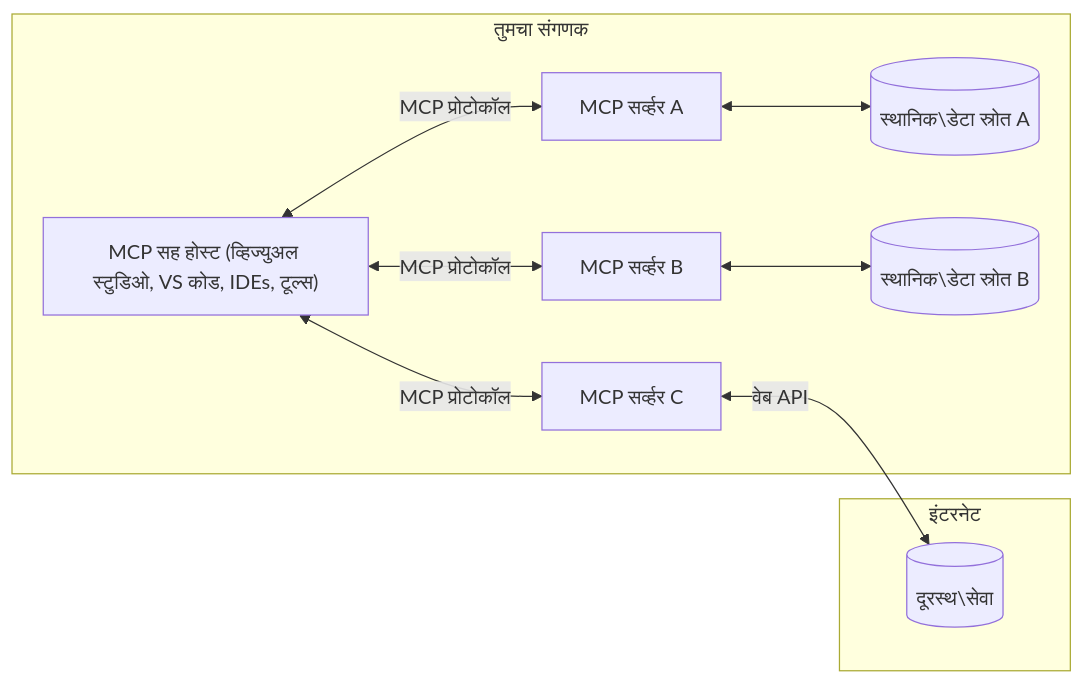
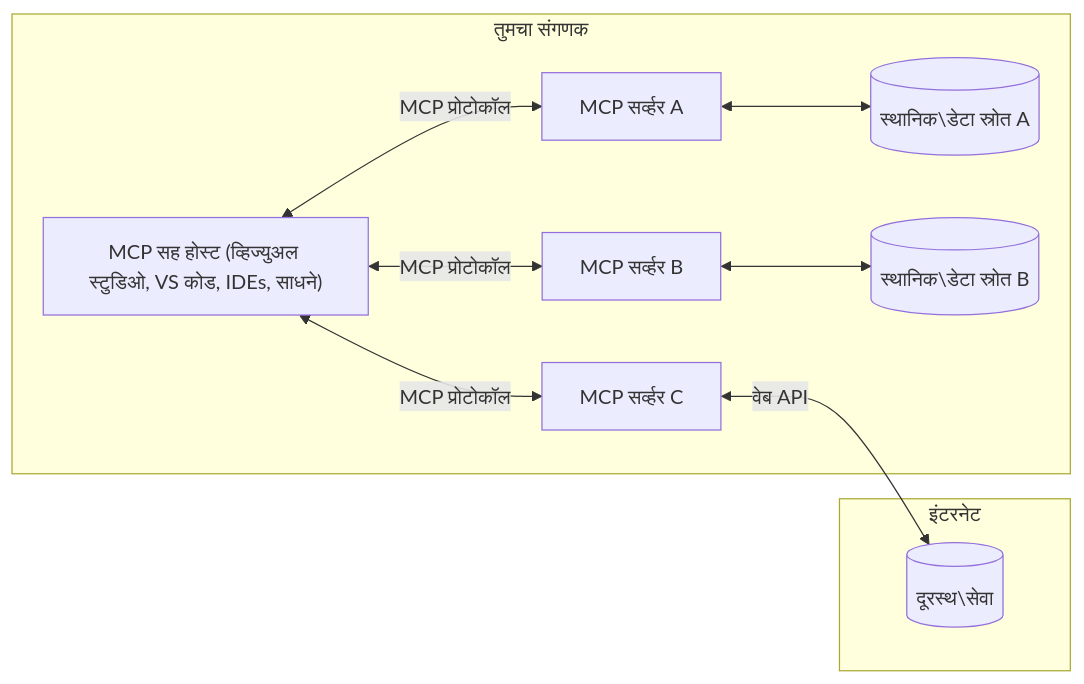
The diagram in translations/mr/01-CoreConcepts/README.md (Mu-L/mcp-for-beginners), drawn with Mermaid before and after one commit. The commit also changed other lines of this file and 110 other files, not shown here.

````diff
--- a/translations/mr/01-CoreConcepts/README.md
+++ b/translations/mr/01-CoreConcepts/README.md
@@ -45,17 +45,17 @@
 ```mermaid
 flowchart LR
     subgraph "तुमचा संगणक"
-        Host["MCP सह होस्ट (व्हिज्युअल स्टुडिओ, VS कोड, IDEs, टूल्स)"]
+        Host["MCP सह होस्ट (व्हिज्युअल स्टुडिओ, VS कोड, IDEs, साधने)"]
         S1["MCP सर्व्हर A"]
         S2["MCP सर्व्हर B"]
         S3["MCP सर्व्हर C"]
         Host <-->|"MCP प्रोटोकॉल"| S1
         Host <-->|"MCP प्रोटोकॉल"| S2
         Host <-->|"MCP प्रोटोकॉल"| S3
         S1 <--> D1[("स्थानिक\डेटा स्रोत A")]
         S2 <--> D2[("स्थानिक\डेटा स्रोत B")]
     end
     subgraph "इंटरनेट"
         S3 <-->|"वेब API"| D3[("दूरस्थ\सेवा")]
     end
 ```
````
